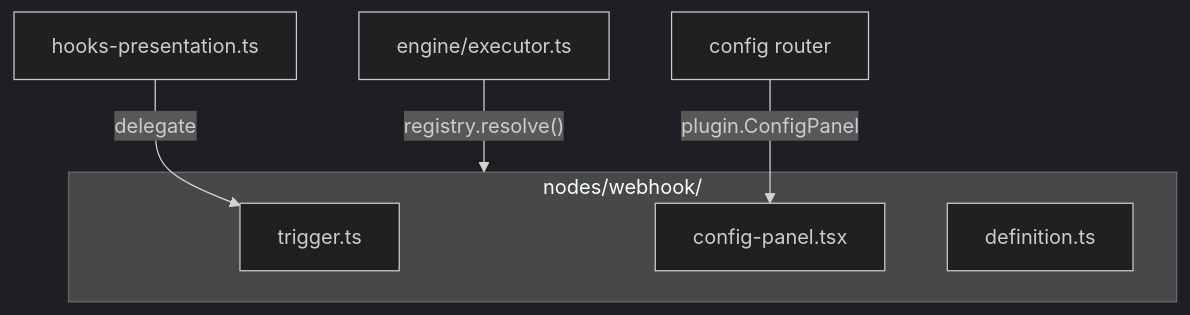
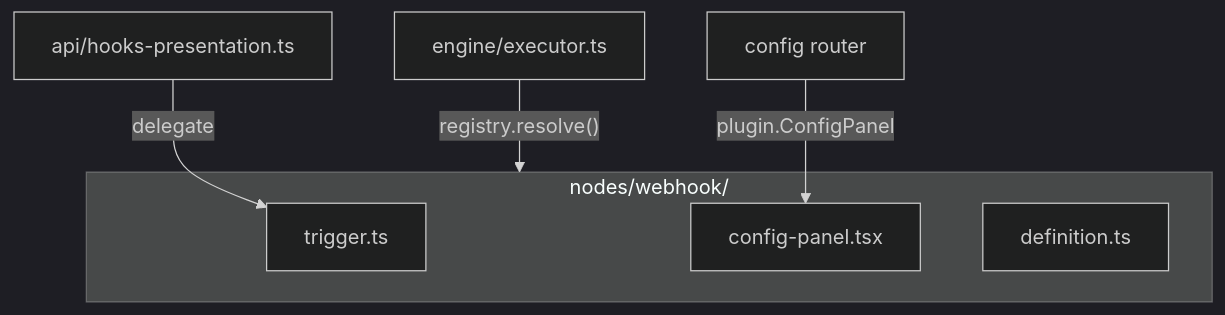
One commit to trantuan-vn/aiagents-hub changed the fifth of 5 diagrams in docs/workflow-how-it-works.md. Above: the diagram before and after it, drawn with Mermaid (dark theme). The commit also changed other lines of this file and 11 other files, not shown here.

````diff
--- a/docs/workflow-how-it-works.md
+++ b/docs/workflow-how-it-works.md
@@ -382,12 +382,12 @@
 ```mermaid
 flowchart TB
   subgraph Plugin["nodes/webhook/"]
     TR["trigger.ts"]
     CFG["config-panel.tsx"]
     DEF["definition.ts"]
   end
 
-  Hook2["hooks-presentation.ts"] -->|"delegate"| TR
+  Hook2["api/hooks-presentation.ts"] -->|"delegate"| TR
   Exec2["engine/executor.ts"] -->|"registry.resolve()"| Plugin
   Panel["config router"] -->|"plugin.ConfigPanel"| CFG
 ```
````
